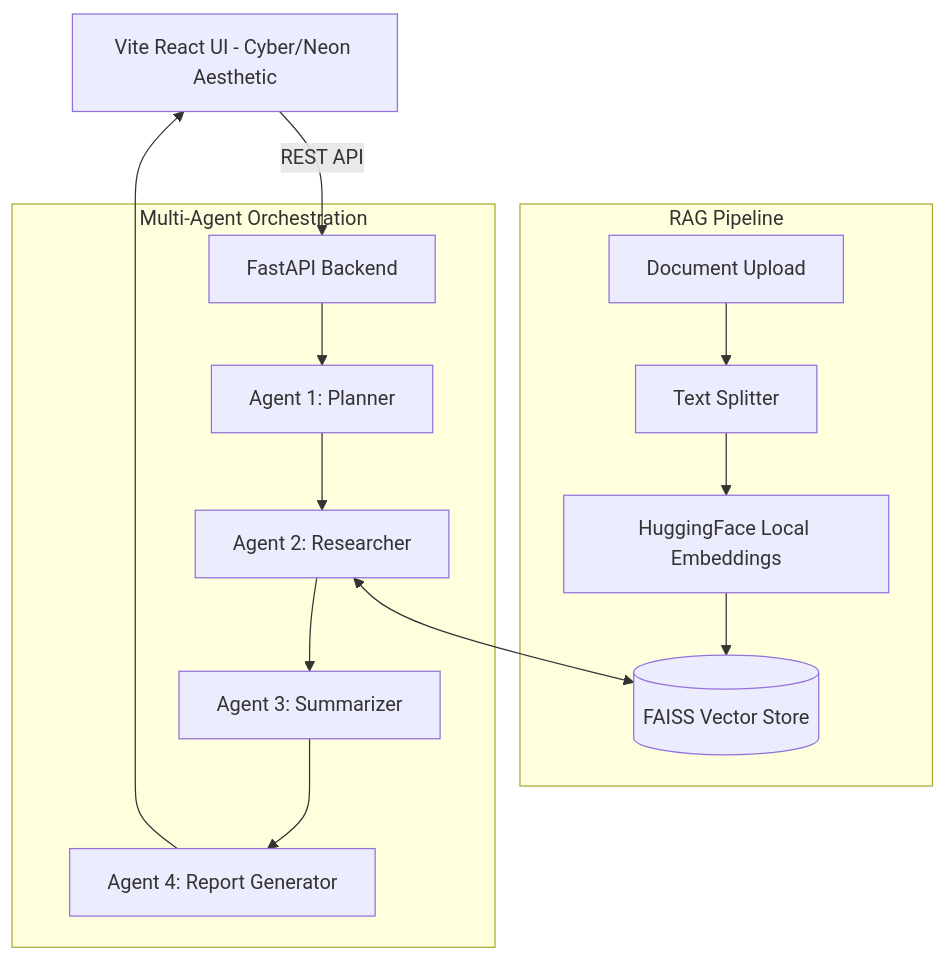
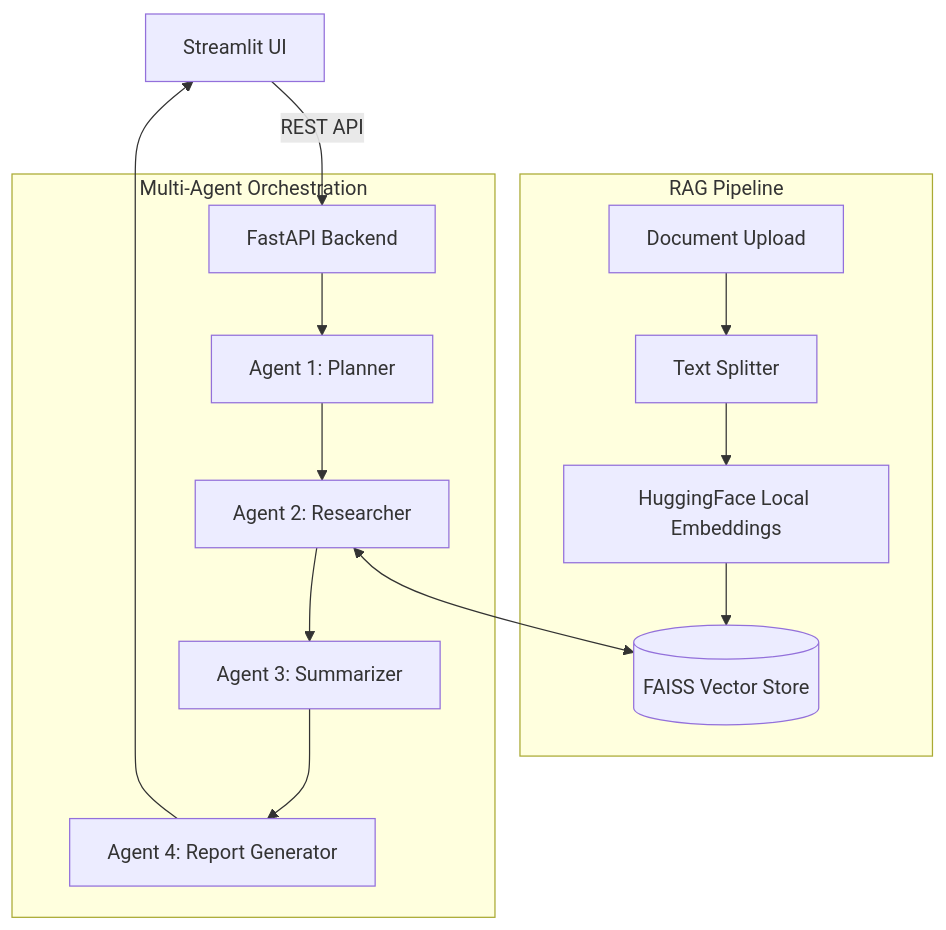
The diagram in README.md (mvishnunaidu/multi-agent-research-assistant), drawn with Mermaid before and after one commit. The commit also changed other lines of this file and 22 other files, not shown here.

````diff
--- a/README.md
+++ b/README.md
@@ -11,20 +15,20 @@
 ```mermaid
 graph TD
-    UI[Vite React UI - Cyber/Neon Aesthetic] -->|REST API| API[FastAPI Backend]
+    UI[Streamlit UI] -->|REST API| API[FastAPI Backend]
     
     subgraph RAG Pipeline
         Upload[Document Upload] --> Split[Text Splitter]
         Split --> Embed[HuggingFace Local Embeddings]
         Embed --> VectorDB[(FAISS Vector Store)]
     end
     
     subgraph Multi-Agent Orchestration
         API --> Planner[Agent 1: Planner]
         Planner --> Researcher[Agent 2: Researcher]
         Researcher <--> VectorDB
         Researcher --> Summarizer[Agent 3: Summarizer]
         Summarizer --> Report[Agent 4: Report Generator]
     end
     
     Report --> UI
 ```
````
